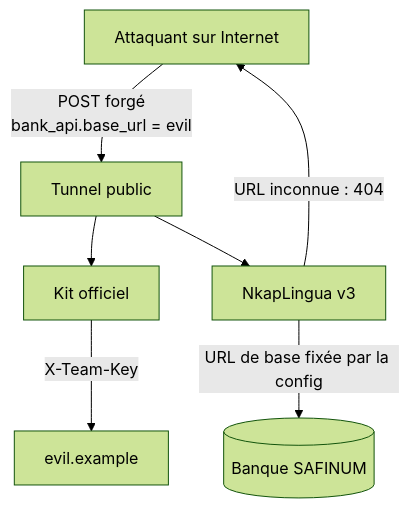
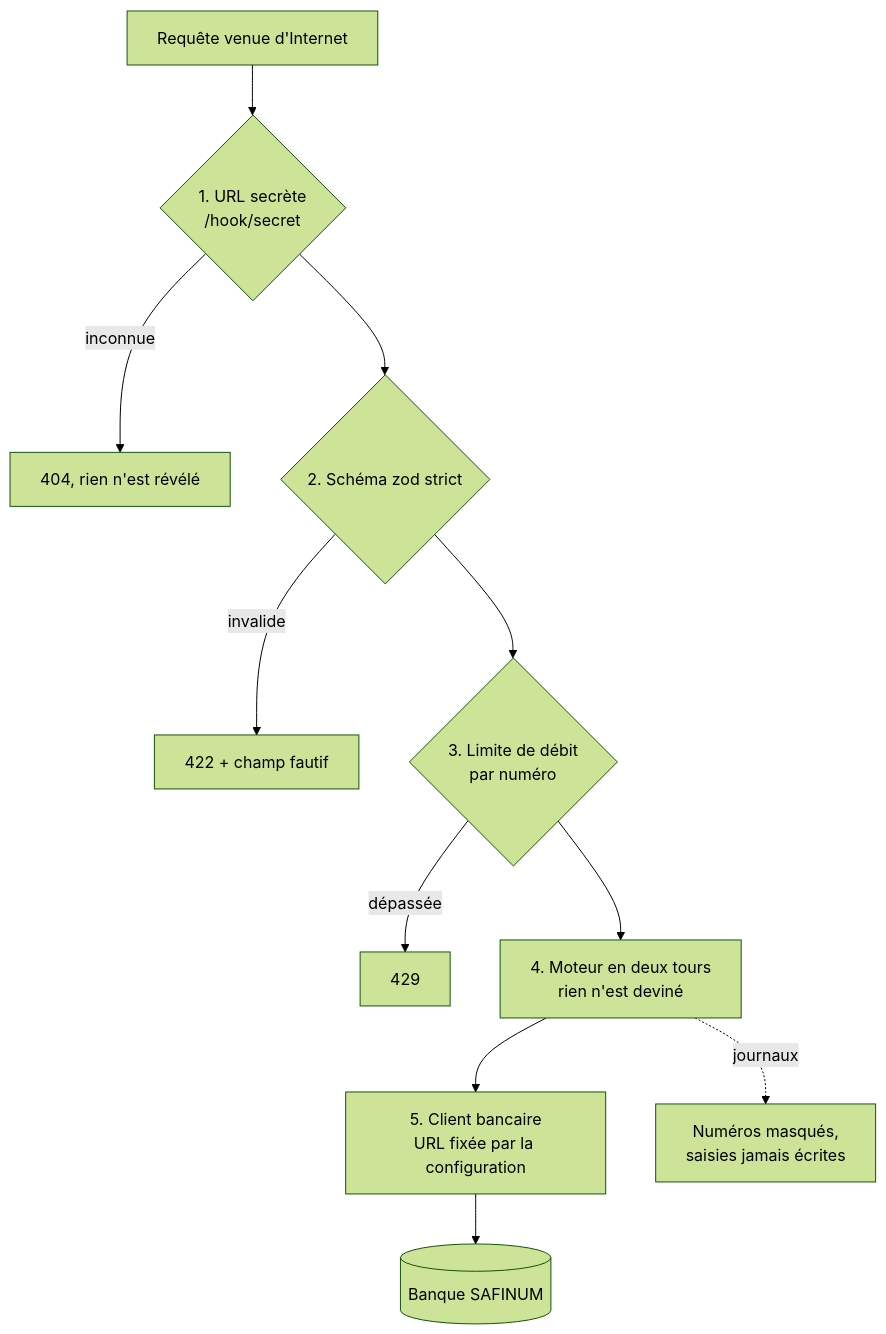
One commit to junguck/nkaplingua changed the sixth of 8 diagrams in docs/ARCHITECTURE.md. Above: the diagram before and after it, drawn with Mermaid (forest theme). The commit also changed other lines of this file and 51 other files, not shown here.

````diff
--- a/docs/ARCHITECTURE.md
+++ b/docs/ARCHITECTURE.md
@@ -189,9 +211,13 @@
 ```mermaid
 flowchart TB
-    A[Attaquant sur Internet] -- POST forgé<br/>bank_api.base_url = evil --> T[Tunnel public]
-    T --> K[Kit officiel]
-    K -- X-Team-Key --> EVIL[evil.example]
-    T --> N[NkapLingua v3]
-    N -- URL inconnue : 404 --> A
-    N -- URL de base fixée par la config --> BANK[(Banque SAFINUM)]
+    I[Requête venue d'Internet] --> C1{1. URL secrète<br/>/hook/secret}
+    C1 -- inconnue --> R1[404, rien n'est révélé]
+    C1 --> C2{2. Schéma zod strict}
+    C2 -- invalide --> R2[422 + champ fautif]
+    C2 --> C3{3. Limite de débit<br/>par numéro}
+    C3 -- dépassée --> R3[429]
+    C3 --> C4[4. Moteur en deux tours<br/>rien n'est deviné]
+    C4 --> C5[5. Client bancaire<br/>URL fixée par la configuration]
+    C5 --> BANK[(Banque SAFINUM)]
+    C4 -. journaux .-> LOG[Numéros masqués,<br/>saisies jamais écrites]
 ```
````
